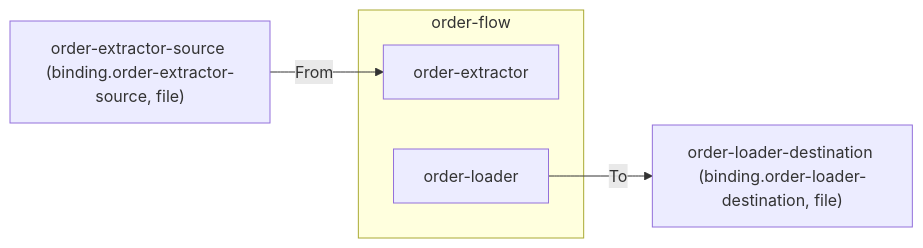
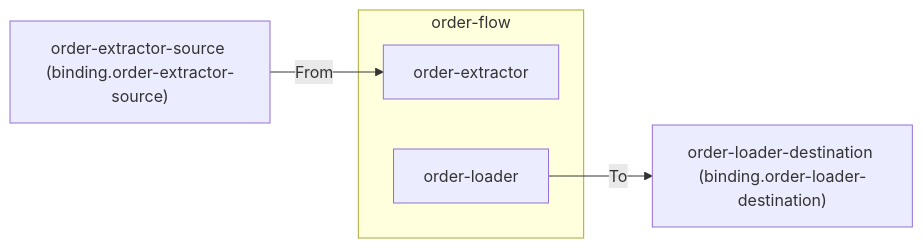
The diagram in docs/concepts/connectors.md (integrio-intropy/intropy-topology), drawn with Mermaid before and after one commit. The commit also changed other lines of this file and 24 other files, not shown here.

````diff
--- a/docs/concepts/connectors.md
+++ b/docs/concepts/connectors.md
@@ -7,9 +7,9 @@
 ```mermaid
 graph LR
     subgraph system["order-flow"]
         E["order-extractor"]
         L["order-loader"]
     end
-    C1["order-extractor-source (binding.order-extractor-source, file)"] -->|"From"| E
-    L -->|"To"| C2["order-loader-destination (binding.order-loader-destination, file)"]
+    C1["order-extractor-source (binding.order-extractor-source)"] -->|"From"| E
+    L -->|"To"| C2["order-loader-destination (binding.order-loader-destination)"]
 ```
````
